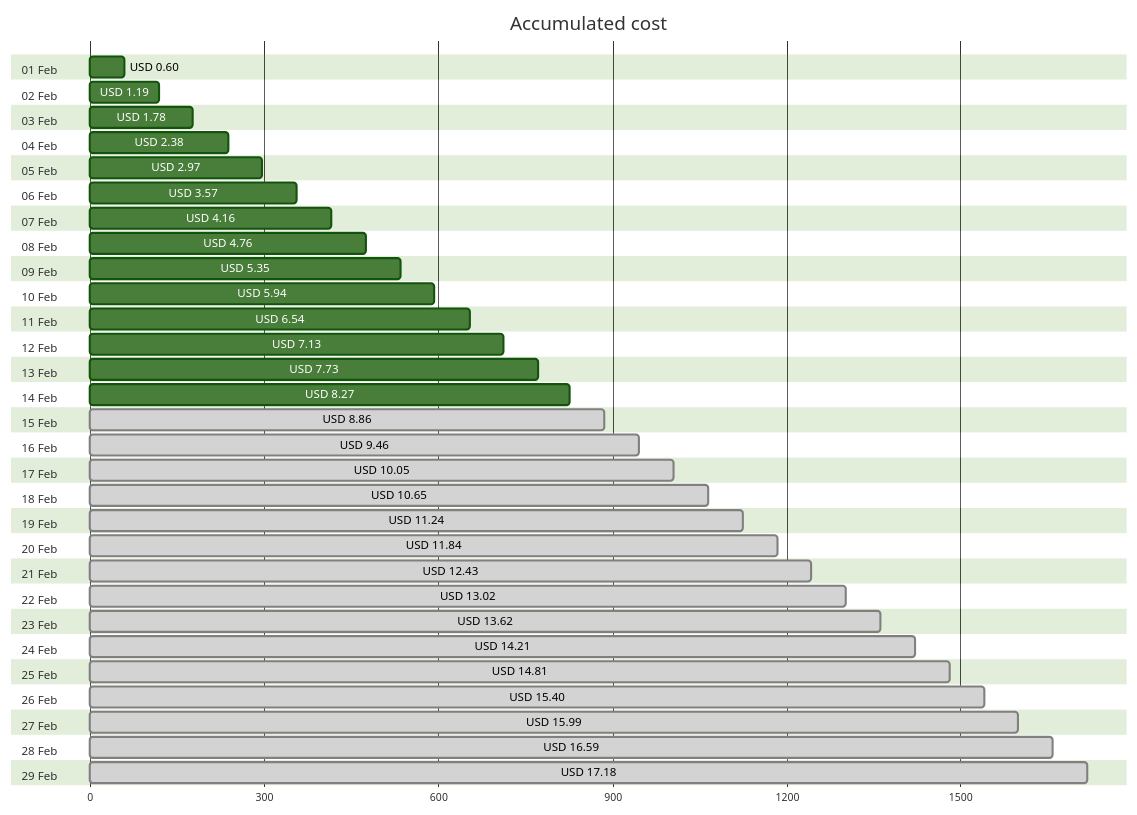
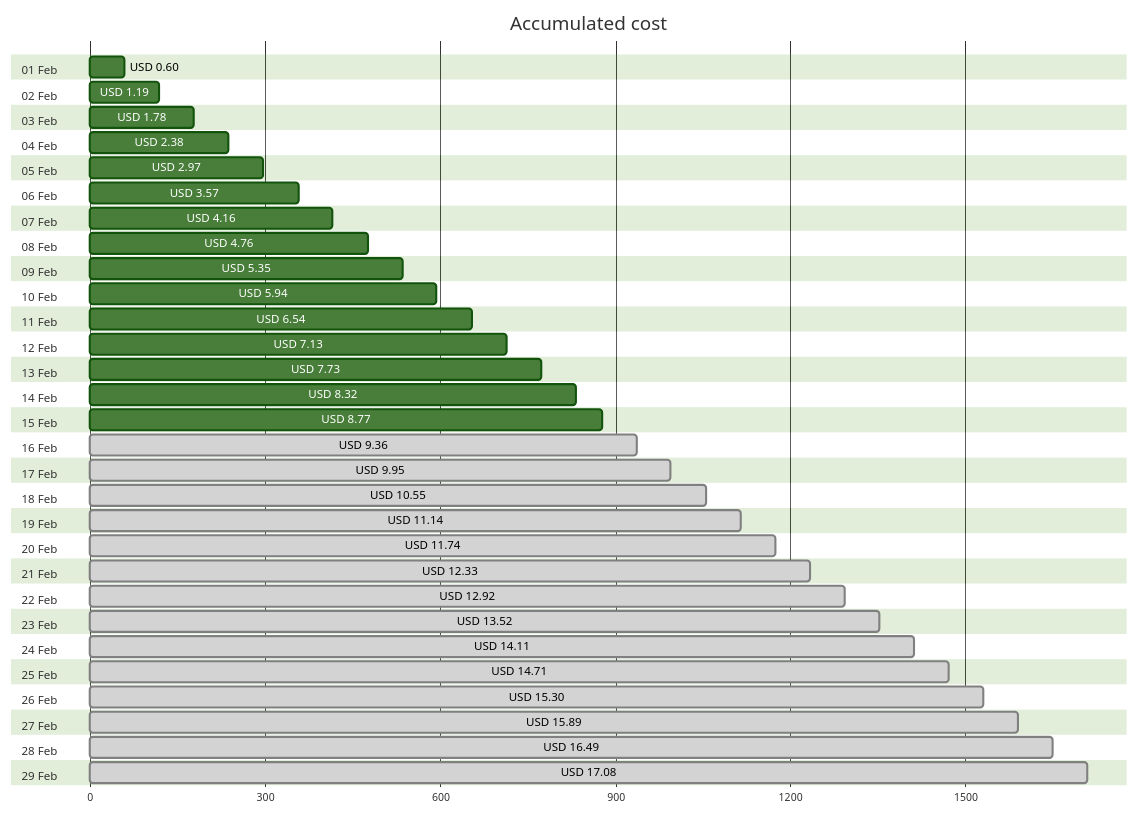
The first of 4 diagrams in cost-reports/personal-site/README.md (jpfulton/azure-personal-reports), drawn with Mermaid (forest theme) before and after one commit. The commit also changed other lines of this file and 6 other files, not shown here.

````diff
--- a/cost-reports/personal-site/README.md
+++ b/cost-reports/personal-site/README.md
@@ -20,64 +20,64 @@
 ```mermaid
 gantt
    title Accumulated cost
    dateFormat  X
    axisFormat %s
    section 01 Feb
    USD 0.60 :0, 60
    section 02 Feb
    USD 1.19 :0, 119
    section 03 Feb
    USD 1.78 :0, 178
    section 04 Feb
    USD 2.38 :0, 238
    section 05 Feb
    USD 2.97 :0, 297
    section 06 Feb
    USD 3.57 :0, 357
    section 07 Feb
    USD 4.16 :0, 416
    section 08 Feb
    USD 4.76 :0, 476
    section 09 Feb
    USD 5.35 :0, 535
    section 10 Feb
    USD 5.94 :0, 594
    section 11 Feb
    USD 6.54 :0, 654
    section 12 Feb
    USD 7.13 :0, 713
    section 13 Feb
    USD 7.73 :0, 773
    section 14 Feb
-   USD 8.27 :0, 827
+   USD 8.32 :0, 832
    section 15 Feb
-   USD 8.86 : done, 0, 886
+   USD 8.77 :0, 877
    section 16 Feb
-   USD 9.46 : done, 0, 946
+   USD 9.36 : done, 0, 936
    section 17 Feb
-   USD 10.05 : done, 0, 1005
+   USD 9.95 : done, 0, 995
    section 18 Feb
-   USD 10.65 : done, 0, 1065
+   USD 10.55 : done, 0, 1055
    section 19 Feb
-   USD 11.24 : done, 0, 1124
+   USD 11.14 : done, 0, 1114
    section 20 Feb
-   USD 11.84 : done, 0, 1184
+   USD 11.74 : done, 0, 1174
    section 21 Feb
-   USD 12.43 : done, 0, 1243
+   USD 12.33 : done, 0, 1233
    section 22 Feb
-   USD 13.02 : done, 0, 1302
+   USD 12.92 : done, 0, 1292
    section 23 Feb
-   USD 13.62 : done, 0, 1362
+   USD 13.52 : done, 0, 1352
    section 24 Feb
-   USD 14.21 : done, 0, 1421
+   USD 14.11 : done, 0, 1411
    section 25 Feb
-   USD 14.81 : done, 0, 1481
+   USD 14.71 : done, 0, 1471
    section 26 Feb
-   USD 15.40 : done, 0, 1540
+   USD 15.30 : done, 0, 1530
    section 27 Feb
-   USD 15.99 : done, 0, 1599
+   USD 15.89 : done, 0, 1589
    section 28 Feb
-   USD 16.59 : done, 0, 1659
+   USD 16.49 : done, 0, 1649
    section 29 Feb
-   USD 17.18 : done, 0, 1718
+   USD 17.08 : done, 0, 1708
 ```
````
